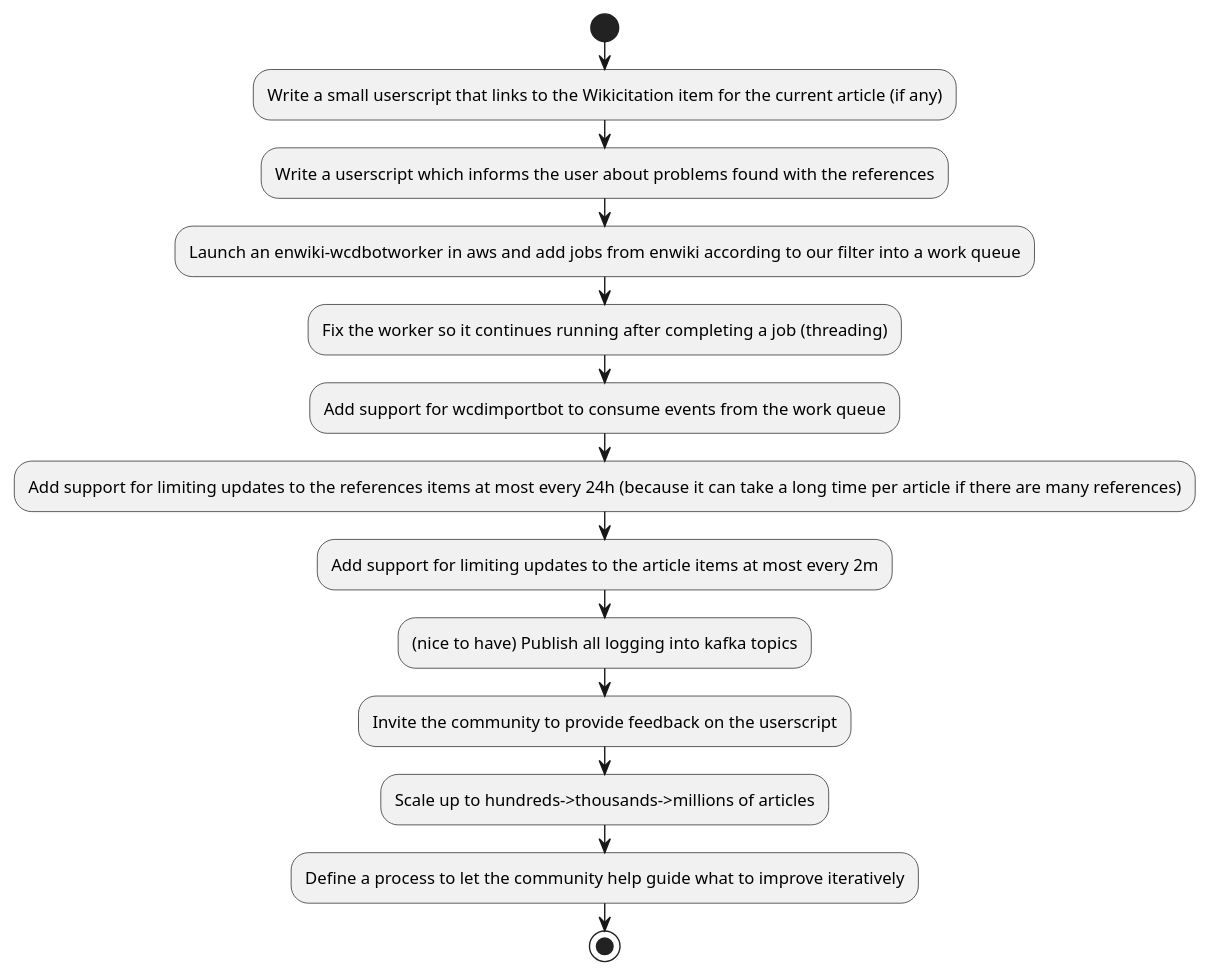
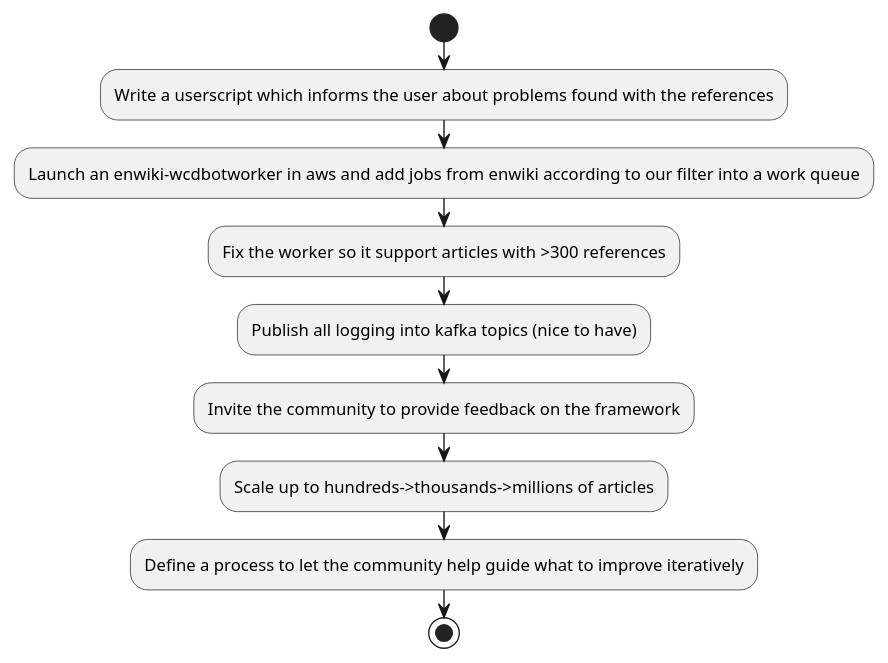
The diagram in diagrams/roadmap.puml (internetarchive/iari), drawn with PlantUML before and after one commit. The commit also changed 1 other file, not shown here.

Commit message:
Update roadmap fixes #282

```diff
--- a/diagrams/roadmap.puml
+++ b/diagrams/roadmap.puml
@@ -1,18 +1,14 @@
 @startuml
 'https://plantuml.com/activity-diagram-beta
 
 start
-:Write a small userscript that links to the Wikicitation item for the current article (if any);
 :Write a userscript which informs the user about problems found with the references;
 :Launch an enwiki-wcdbotworker in aws and add jobs from enwiki according to our filter into a work queue;
-:Fix the worker so it continues running after completing a job (threading);
-:Add support for wcdimportbot to consume events from the work queue;
-:Add support for limiting updates to the references items at most every 24h (because it can take a long time per article if there are many references);
-:Add support for limiting updates to the article items at most every 2m;
-:(nice to have) Publish all logging into kafka topics;
-:Invite the community to provide feedback on the userscript;
+:Fix the worker so it support articles with >300 references;
+:Publish all logging into kafka topics (nice to have);
+:Invite the community to provide feedback on the framework;
 :Scale up to hundreds->thousands->millions of articles;
 :Define a process to let the community help guide what to improve iteratively;
 stop
 
 @enduml
```
